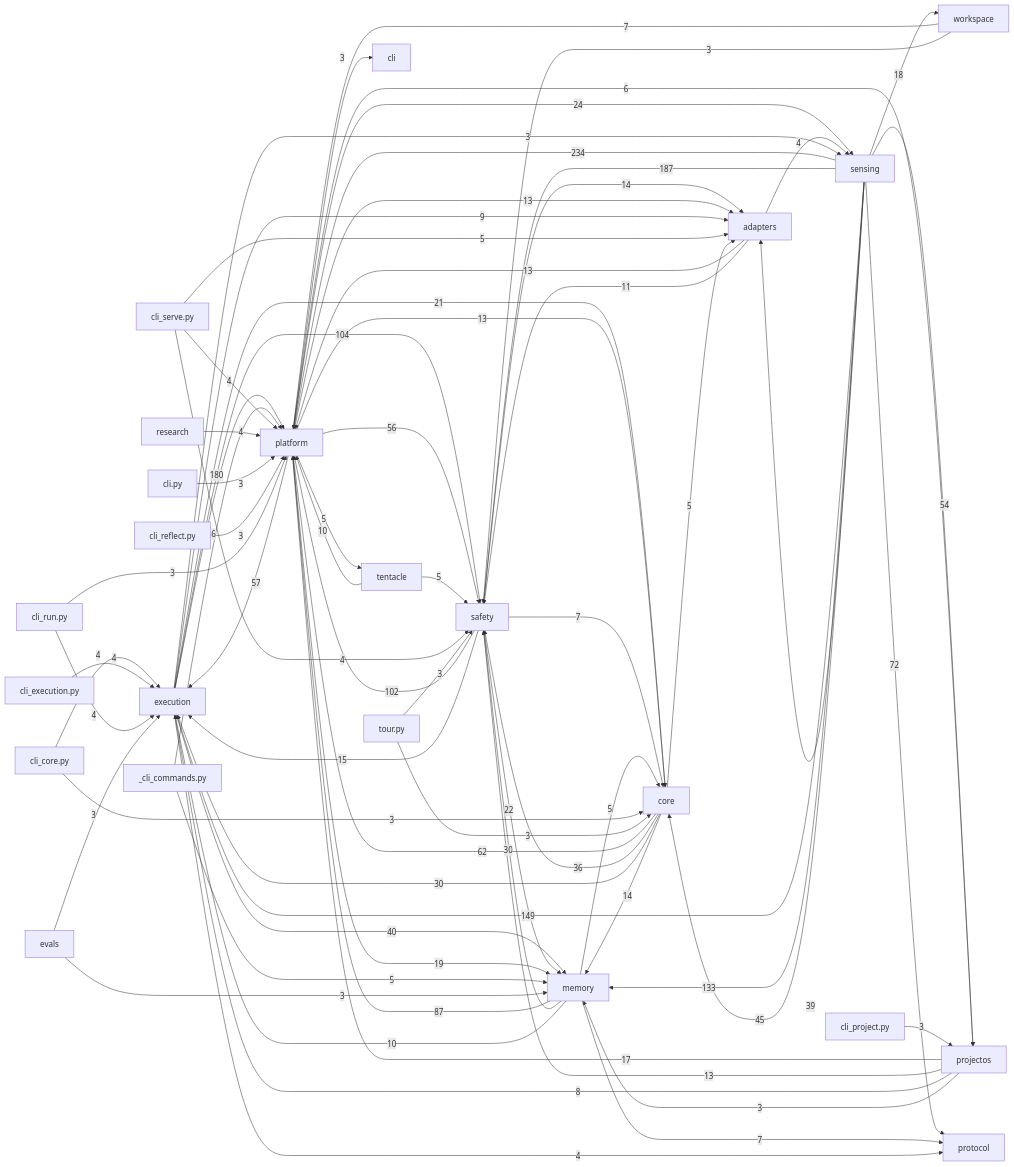
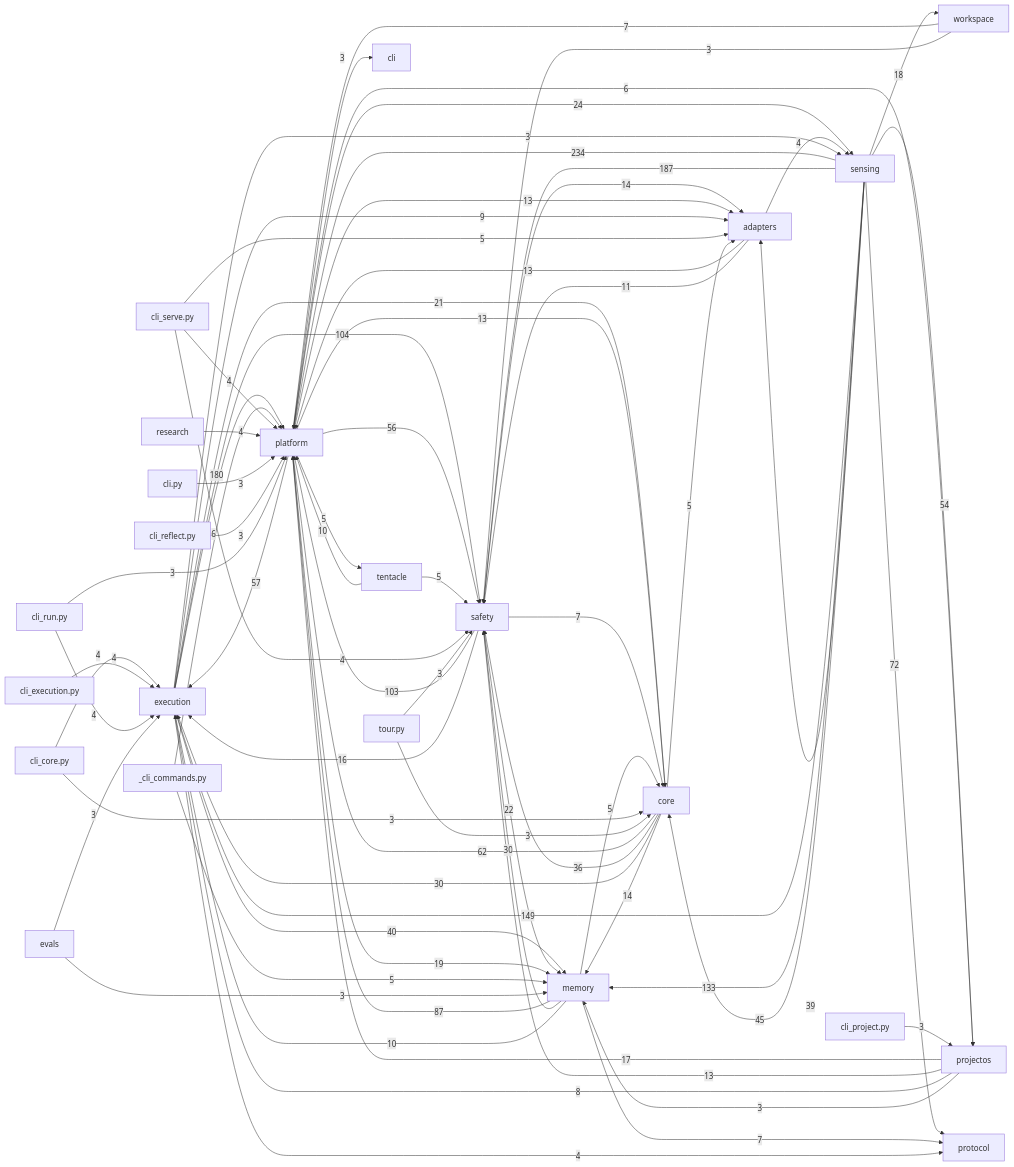
Before and after one commit to dengdenghua/echo-ai: the diagram in docs/auto/20-backend/index.md, drawn with Mermaid. The commit also changed 17 other files, not shown here.

````diff
--- a/docs/auto/20-backend/index.md
+++ b/docs/auto/20-backend/index.md
@@ -26,79 +26,79 @@
 ```mermaid
 graph LR
   execution[execution]
   core[core]
   safety[safety]
   memory[memory]
   sensing[sensing]
   adapters[adapters]
   platform[platform]
   sensing -- 234 --> platform
   sensing -- 187 --> safety
   execution -- 180 --> platform
   sensing -- 149 --> execution
   sensing -- 133 --> memory
   execution -- 104 --> safety
-  safety -- 102 --> platform
+  safety -- 103 --> platform
   memory -- 87 --> platform
   sensing -- 72 --> protocol
   core -- 62 --> platform
   platform -- 57 --> execution
   platform -- 56 --> safety
   sensing -- 54 --> projectos
   sensing -- 45 --> core
   execution -- 40 --> memory
   sensing -- 39 --> adapters
   core -- 36 --> safety
   core -- 30 --> execution
   memory -- 30 --> safety
   platform -- 24 --> sensing
   safety -- 22 --> memory
   execution -- 21 --> core
   platform -- 19 --> memory
   sensing -- 18 --> workspace
   projectos -- 17 --> platform
-  safety -- 15 --> execution
+  safety -- 16 --> execution
   core -- 14 --> memory
   safety -- 14 --> adapters
   adapters -- 13 --> platform
   platform -- 13 --> adapters
   platform -- 13 --> core
   projectos -- 13 --> safety
   adapters -- 11 --> safety
   memory -- 10 --> execution
   tentacle -- 10 --> platform
   execution -- 9 --> adapters
   projectos -- 8 --> execution
   memory -- 7 --> protocol
   safety -- 7 --> core
   workspace -- 7 --> platform
   _cli_commands.py -- 6 --> platform
   platform -- 6 --> projectos
   _cli_commands.py -- 5 --> memory
   cli_serve.py -- 5 --> adapters
   core -- 5 --> adapters
   memory -- 5 --> core
   platform -- 5 --> tentacle
   tentacle -- 5 --> safety
   adapters -- 4 --> sensing
   cli_core.py -- 4 --> execution
   cli_execution.py -- 4 --> execution
   cli_run.py -- 4 --> execution
   cli_serve.py -- 4 --> platform
   cli_serve.py -- 4 --> safety
   execution -- 4 --> protocol
   research -- 4 --> platform
   cli.py -- 3 --> platform
   cli_core.py -- 3 --> core
   cli_project.py -- 3 --> projectos
   cli_reflect.py -- 3 --> platform
   cli_run.py -- 3 --> platform
   evals -- 3 --> execution
   evals -- 3 --> memory
   execution -- 3 --> sensing
   platform -- 3 --> cli
   projectos -- 3 --> memory
   tour.py -- 3 --> core
   tour.py -- 3 --> safety
   workspace -- 3 --> safety
 ```
````
